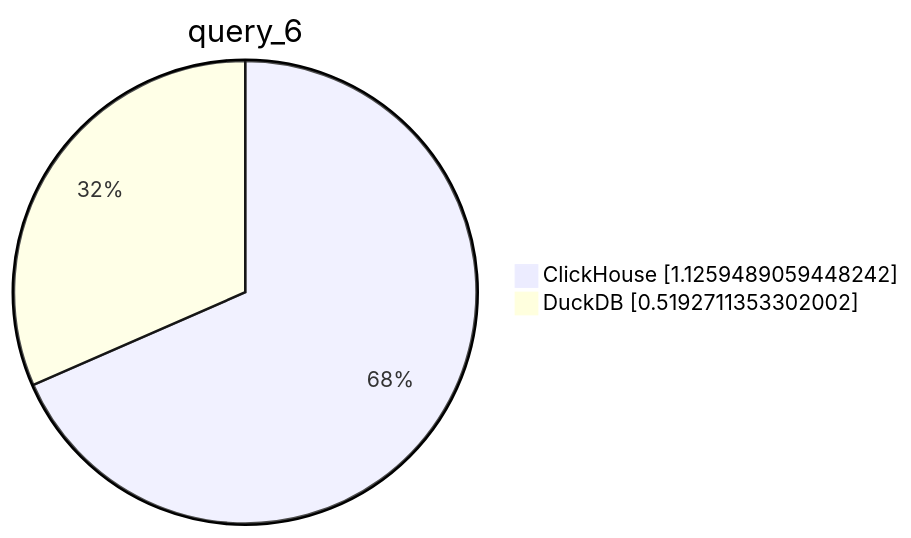
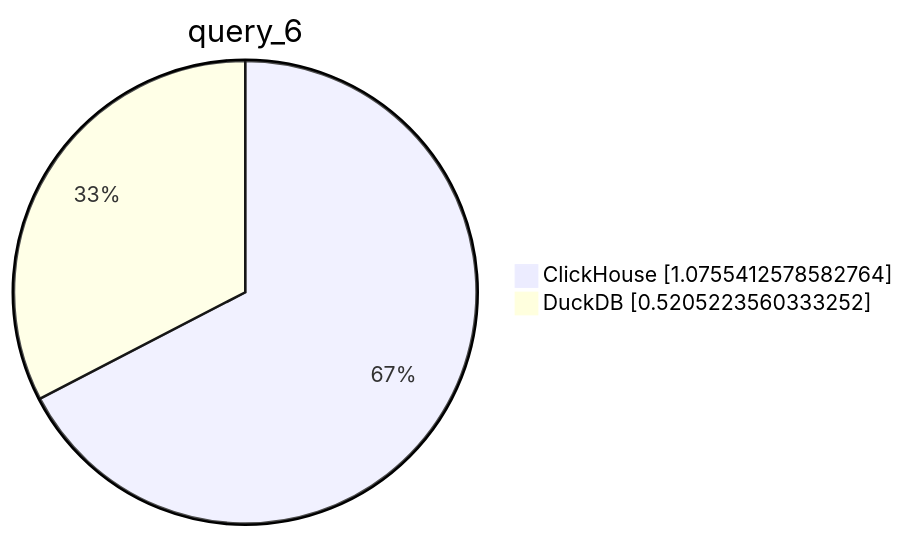
Before and after one commit to Altinity/clickhouse-regression: the seventh of 10 diagrams in parquet/performance/performance_reports/results.md, drawn with Mermaid. The commit also changed other lines of this file and 2 other files, not shown here.

````diff
--- a/parquet/performance/performance_reports/results.md
+++ b/parquet/performance/performance_reports/results.md
@@ -52,6 +52,6 @@
 ```mermaid
      pie showData
          title query_6
-         "ClickHouse" : 1.1259489059448242
-         "DuckDB" : 0.5192711353302002
+         "ClickHouse" : 1.0755412578582764
+         "DuckDB" : 0.5205223560333252
 ```
````
